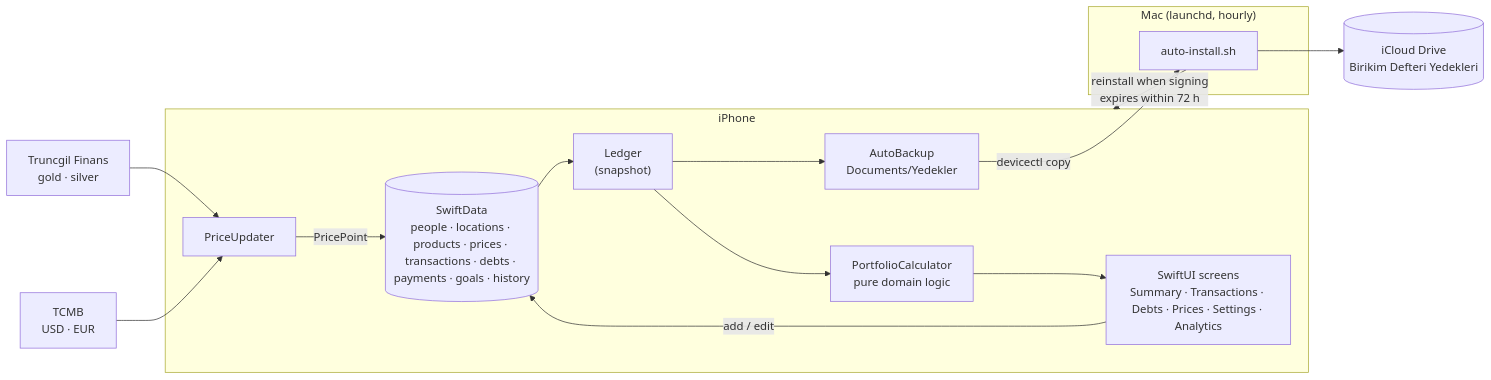
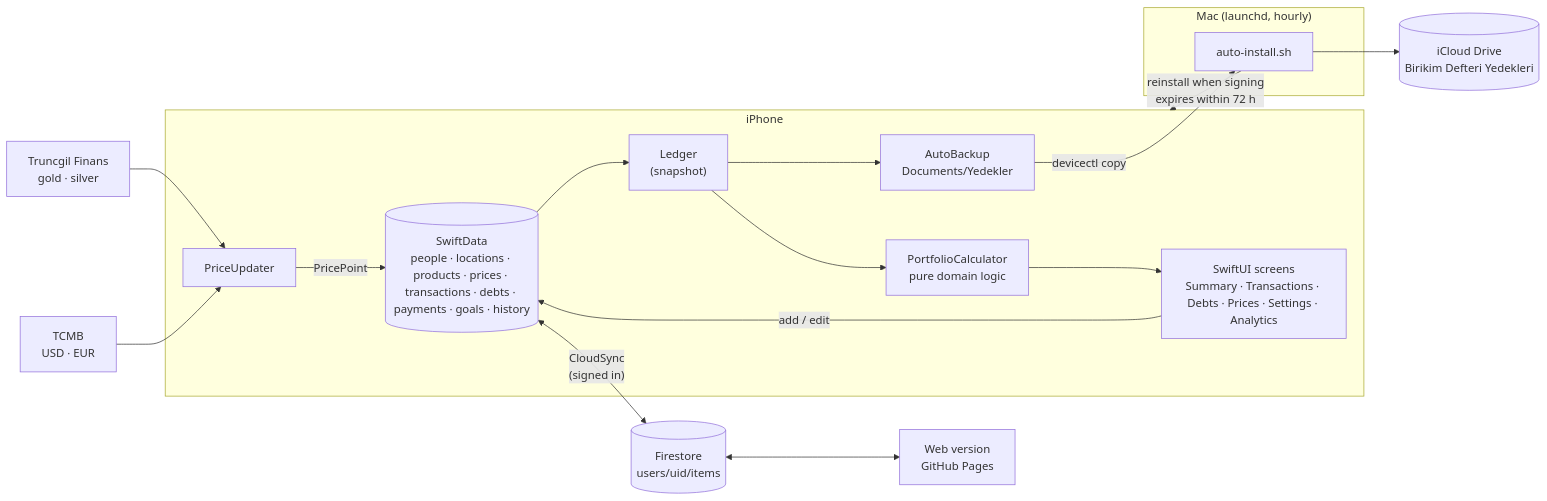
One commit to kadirtuna/BirikimDefteri changed the first of 2 diagrams in README.md. Above: the diagram before and after it, drawn with Mermaid. The commit also changed other lines of this file and 6 other files, not shown here.

````diff
--- a/README.md
+++ b/README.md
@@ -99,22 +102,24 @@
 ```mermaid
 flowchart LR
     subgraph Device["iPhone"]
         SD[("SwiftData<br/>people · locations · products · prices · transactions · debts · payments · goals · history")]
         L["Ledger<br/>(snapshot)"]
         PC["PortfolioCalculator<br/>pure domain logic"]
         UI["SwiftUI screens<br/>Summary · Transactions · Debts · Prices · Settings · Analytics"]
         PU["PriceUpdater"]
         AB["AutoBackup<br/>Documents/Yedekler"]
         SD --> L --> PC --> UI
         UI -- "add / edit" --> SD
         PU -- "PricePoint" --> SD
         L --> AB
     end
     TR["Truncgil Finans<br/>gold · silver"] --> PU
     TC["TCMB<br/>USD · EUR"] --> PU
     subgraph Mac["Mac (launchd, hourly)"]
         AI["auto-install.sh"]
     end
     AB -- "devicectl copy" --> AI --> IC[("iCloud Drive<br/>Birikim Defteri Yedekleri")]
     AI -- "reinstall when signing<br/>expires within 72 h" --> Device
+    SD <-->|"CloudSync<br/>(signed in)"| FS[("Firestore<br/>users/uid/items")]
+    FS <--> WEB["Web version<br/>GitHub Pages"]
 ```
````
